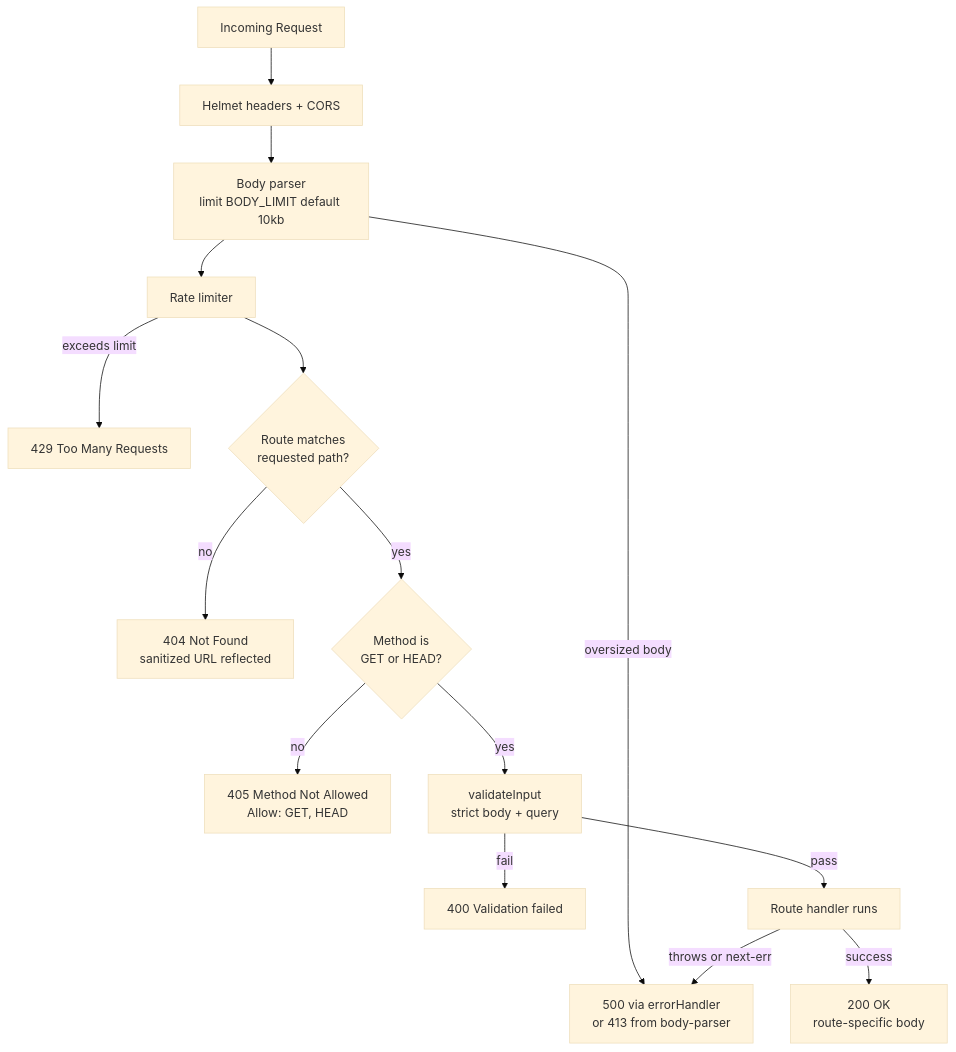
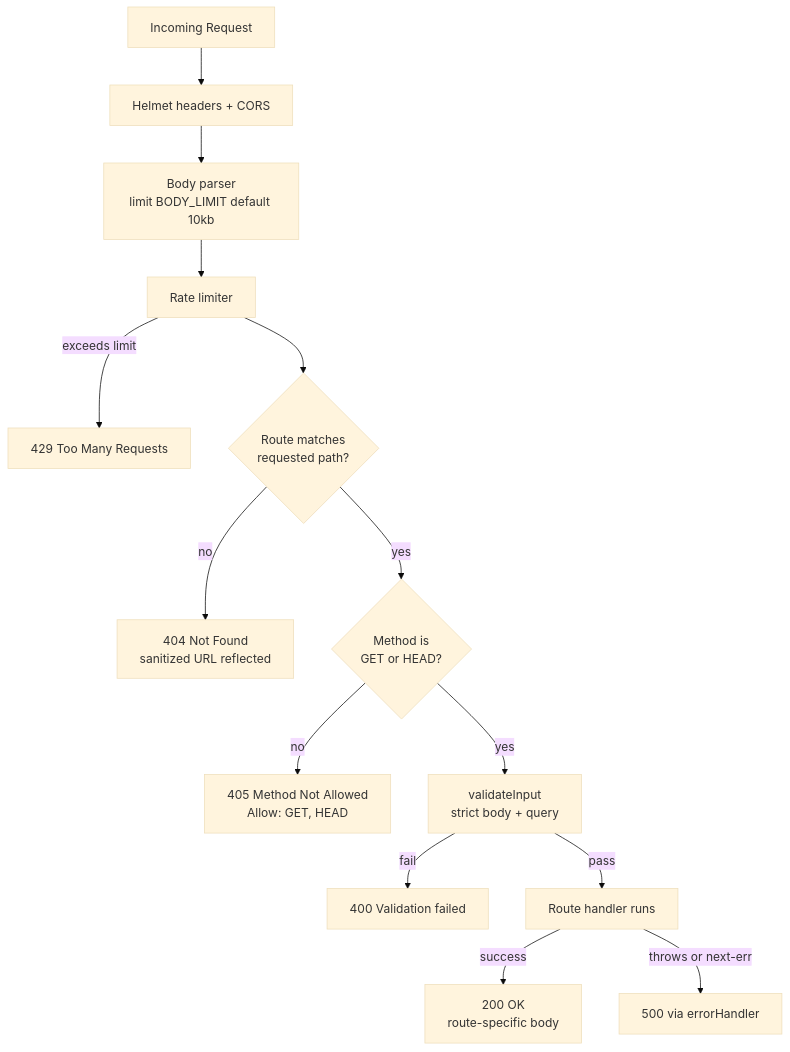
Before and after one commit to TestadoBlitzy/Existing-product: the first of 2 diagrams in docs/api.md, drawn with Mermaid (base theme). The commit also changed other lines of this file and 6 other files, not shown here.

````diff
--- a/docs/api.md
+++ b/docs/api.md
@@ -704,17 +705,16 @@
 ```mermaid
 flowchart TD
     R[Incoming Request] --> H[Helmet headers + CORS]
     H --> B[Body parser<br/>limit BODY_LIMIT default 10kb]
-    B -->|oversized body| E500[500 via errorHandler<br/>or 413 from body-parser]
     B --> L[Rate limiter]
     L -->|exceeds limit| E429[429 Too Many Requests]
     L --> RT{Route matches<br/>requested path?}
     RT -->|no| E404[404 Not Found<br/>sanitized URL reflected]
     RT -->|yes| M{Method is<br/>GET or HEAD?}
     M -->|no| E405[405 Method Not Allowed<br/>Allow: GET, HEAD]
     M -->|yes| V[validateInput<br/>strict body + query]
     V -->|fail| E400[400 Validation failed]
     V -->|pass| OK[Route handler runs]
     OK -->|success| R200[200 OK<br/>route-specific body]
-    OK -->|throws or next-err| E500
+    OK -->|throws or next-err| E500[500 via errorHandler]
 ```
````
